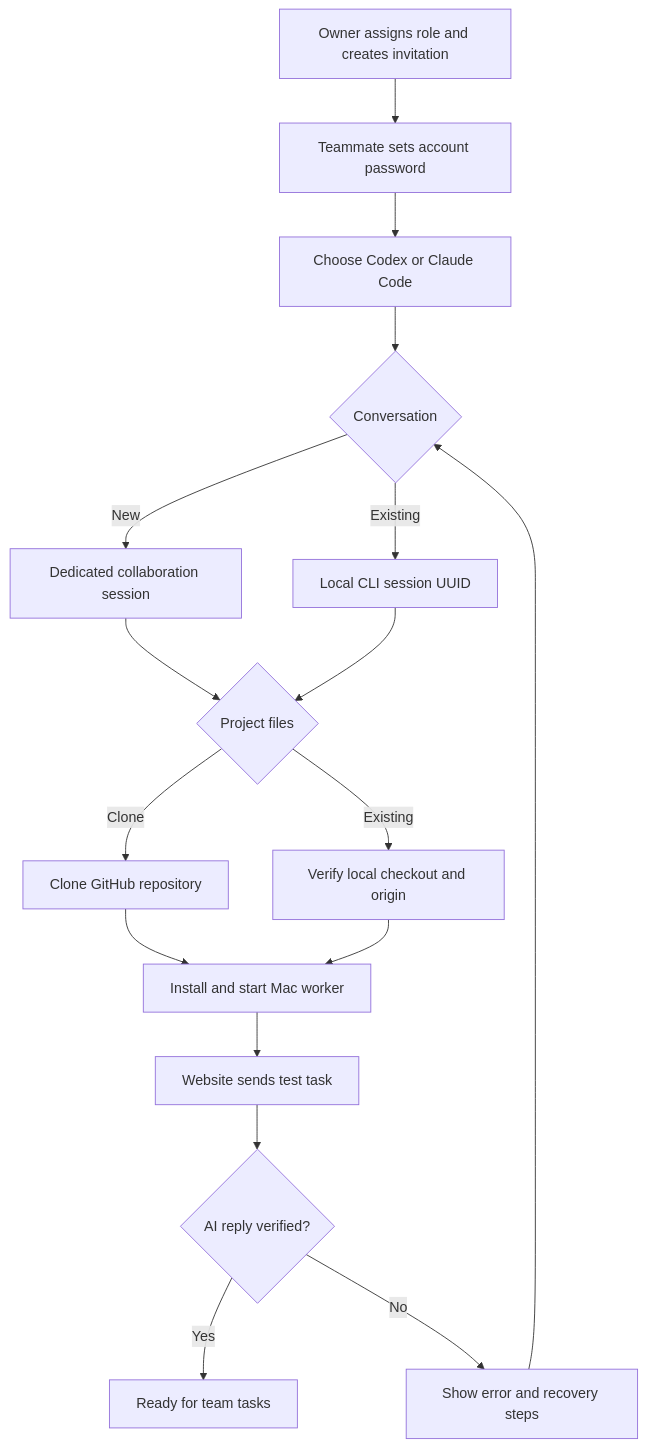
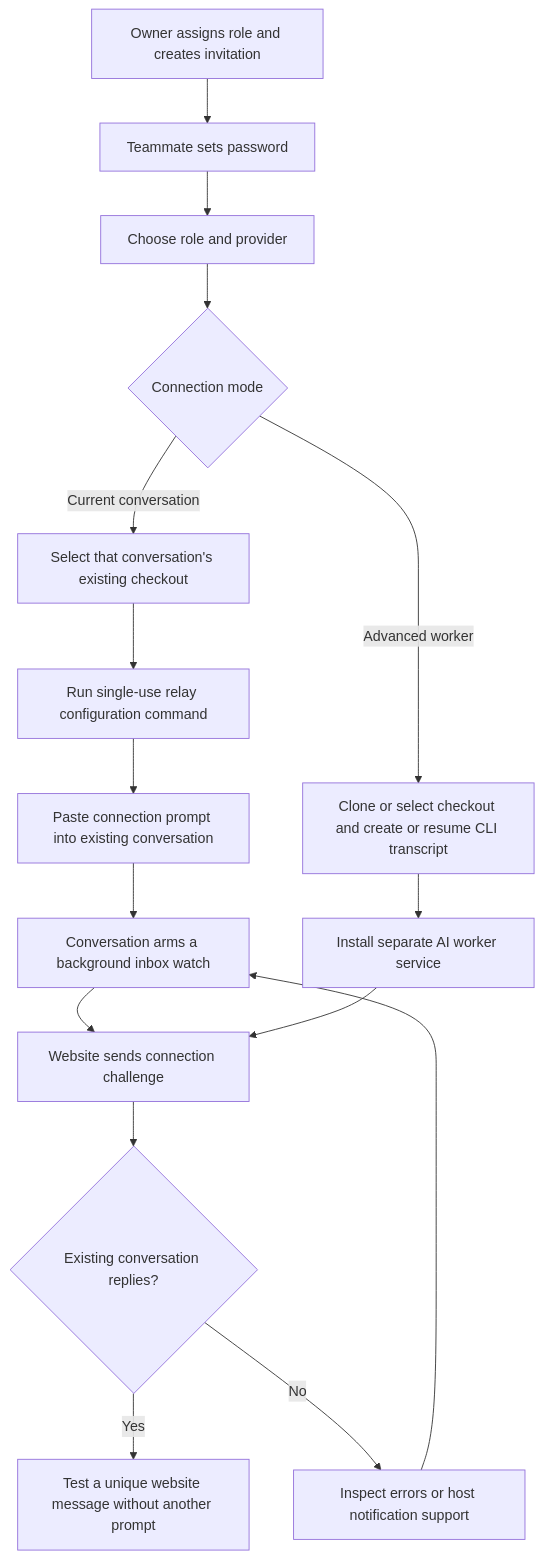
The diagram in docs/teammate-setup.md (DavidZhhu/AgentCollaboration), drawn with Mermaid before and after one commit. The commit also changed other lines of this file and 18 other files, not shown here.

Commit message:
feat: connect existing conversations through low-latency inbox relays

````diff
--- a/docs/teammate-setup.md
+++ b/docs/teammate-setup.md
@@ -5,19 +7,18 @@
 ```mermaid
 flowchart TD
-    A[Owner assigns role and creates invitation] --> B[Teammate sets account password]
-    B --> C[Choose Codex or Claude Code]
-    C --> D{Conversation}
-    D -->|New| E[Dedicated collaboration session]
-    D -->|Existing| F[Local CLI session UUID]
-    E --> G{Project files}
-    F --> G
-    G -->|Clone| H[Clone GitHub repository]
-    G -->|Existing| I[Verify local checkout and origin]
-    H --> J[Install and start Mac worker]
-    I --> J
-    J --> K[Website sends test task]
-    K --> L{AI reply verified?}
-    L -->|Yes| M[Ready for team tasks]
-    L -->|No| N[Show error and recovery steps]
-    N --> D
+    A[Owner assigns role and creates invitation] --> B[Teammate sets password]
+    B --> C[Choose role and provider]
+    C --> D{Connection mode}
+    D -->|Current conversation| E[Select that conversation's existing checkout]
+    E --> F[Run single-use relay configuration command]
+    F --> G[Paste connection prompt into existing conversation]
+    G --> H[Conversation arms a background inbox watch]
+    H --> I[Website sends connection challenge]
+    I --> J{Existing conversation replies?}
+    J -->|Yes| K[Test a unique website message without another prompt]
+    J -->|No| L[Inspect errors or host notification support]
+    L --> H
+    D -->|Advanced worker| M[Clone or select checkout and create or resume CLI transcript]
+    M --> N[Install separate AI worker service]
+    N --> I
 ```
````
